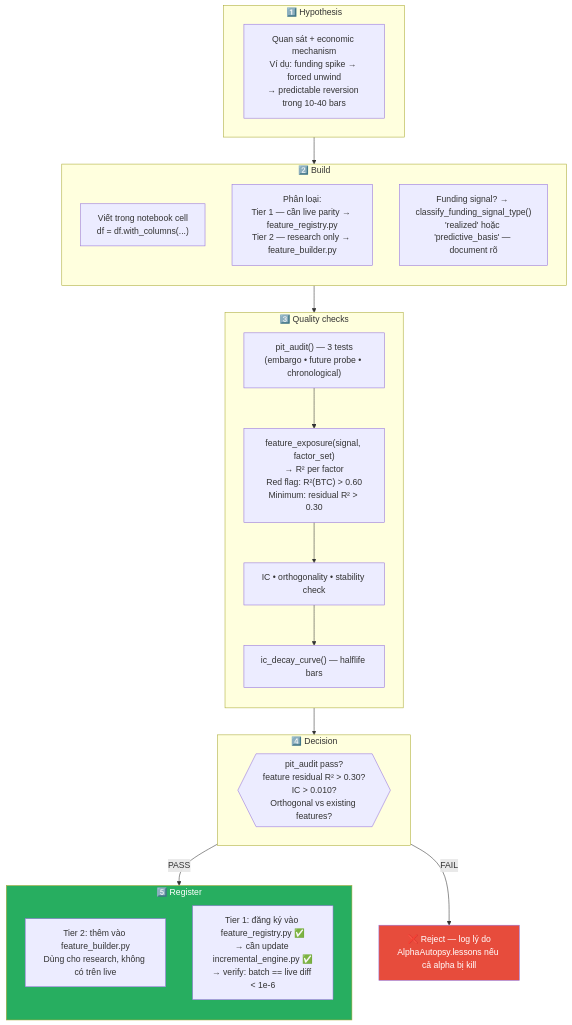
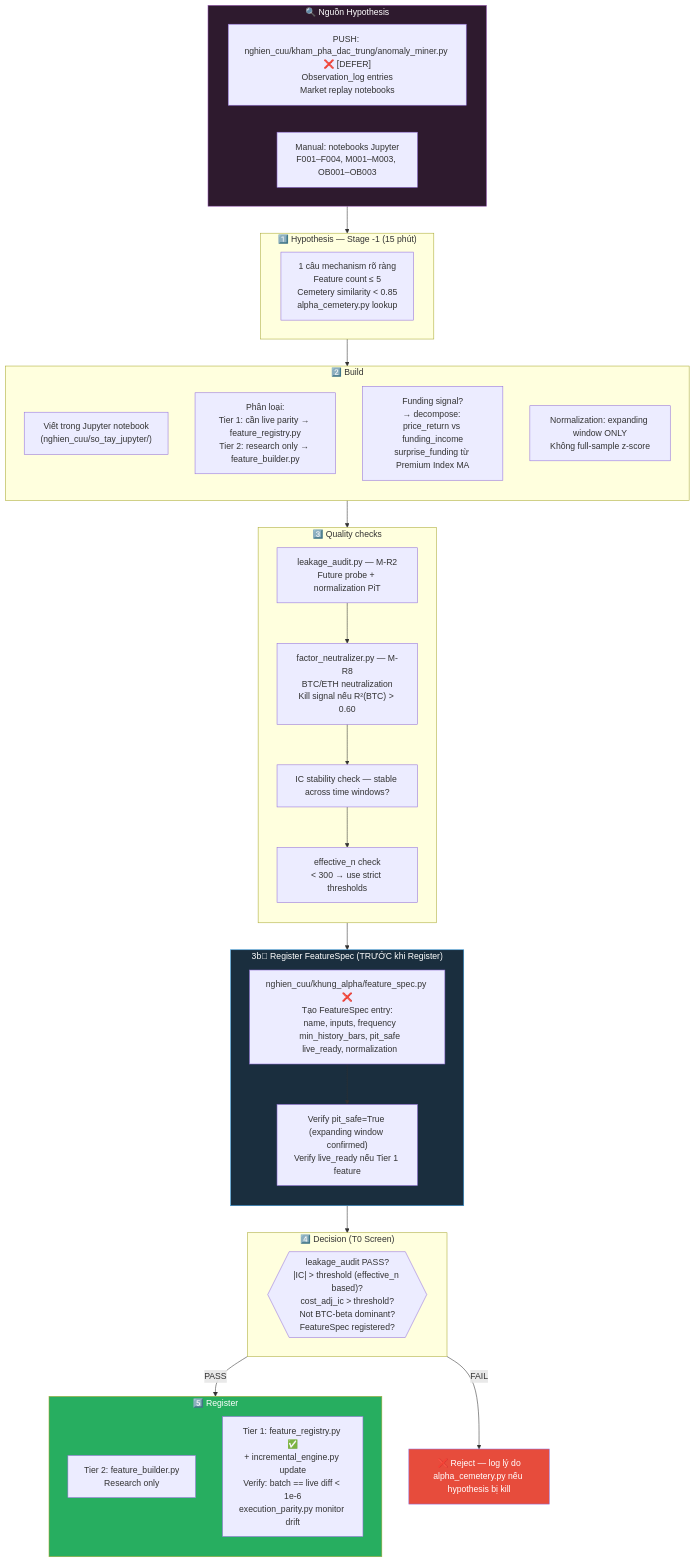
The sixth of 13 diagrams in data_flow_diagrams.md (VagabondKingsman/Kairos-v3), drawn with Mermaid before and after one commit. The commit also changed other lines of this file, not shown here.

````diff
--- a/data_flow_diagrams.md
+++ b/data_flow_diagrams.md
@@ -377,41 +414,58 @@
 ```mermaid
 flowchart TB
-    subgraph HYPOTHESIS["1️⃣ Hypothesis"]
-        H1["Quan sát + economic mechanism\nVí dụ: funding spike → forced unwind\n→ predictable reversion trong 10-40 bars"]
+    subgraph DISCOVERY_SRC["🔍 Nguồn Hypothesis"]
+        direction LR
+        PUSH["PUSH: nghien_cuu/kham_pha_dac_trung/anomaly_miner.py ❌ [DEFER]\nObservation_log entries\nMarket replay notebooks"]
+        MANUAL["Manual: notebooks Jupyter\nF001–F004, M001–M003, OB001–OB003"]
+    end
+
+    subgraph HYPOTHESIS["1️⃣ Hypothesis — Stage -1 (15 phút)"]
+        H1["1 câu mechanism rõ ràng\nFeature count ≤ 5\nCemetery similarity < 0.85\nalpha_cemetery.py lookup"]
     end
 
     subgraph BUILD["2️⃣ Build"]
         direction TB
-        B1["Viết trong notebook cell\ndf = df.with_columns(...)"]
-        B2["Phân loại:\nTier 1 — cần live parity → feature_registry.py\nTier 2 — research only → feature_builder.py"]
-        B3["Funding signal? → classify_funding_signal_type()\n'realized' hoặc 'predictive_basis' — document rõ"]
+        B1["Viết trong Jupyter notebook\n(nghien_cuu/so_tay_jupyter/)"]
+        B2["Phân loại:\nTier 1: cần live parity → feature_registry.py\nTier 2: research only → feature_builder.py"]
+        B3["Funding signal?\n→ decompose: price_return vs funding_income\nsurprise_funding từ Premium Index MA"]
+        B4["Normalization: expanding window ONLY\nKhông full-sample z-score"]
     end
 
     subgraph TEST["3️⃣ Quality checks"]
         direction TB
-        T1["pit_audit() — 3 tests\n(embargo • future probe • chronological)"]
-        T2["feature_exposure(signal, factor_set)\n→ R² per factor\nRed flag: R²(BTC) > 0.60\nMinimum: residual R² > 0.30"]
-        T3["IC • orthogonality • stability check"]
-        T4["ic_decay_curve() — halflife bars"]
+        T1["leakage_audit.py — M-R2\nFuture probe + normalization PiT"]
+        T2["factor_neutralizer.py — M-R8\nBTC/ETH neutralization\nKill signal nếu R²(BTC) > 0.60"]
+        T3["IC stability check — stable across time windows?"]
+        T4["effective_n check\n< 300 → use strict thresholds"]
         T1 --> T2 --> T3 --> T4
     end
 
-    subgraph DECIDE["4️⃣ Decision"]
-        D1{{"pit_audit pass?\nfeature residual R² > 0.30?\nIC > 0.010?\nOrthogonal vs existing features?"}}
+    subgraph FSPEC_REG["3b️⃣ Register FeatureSpec (TRƯỚC khi Register)"]
+        direction TB
+        FS1["nghien_cuu/khung_alpha/feature_spec.py ❌\nTạo FeatureSpec entry:\n  name, inputs, frequency\n  min_history_bars, pit_safe\n  live_ready, normalization"]
+        FS2["Verify pit_safe=True (expanding window confirmed)\nVerify live_ready nếu Tier 1 feature"]
+        FS1 --> FS2
+    end
+
+    subgraph DECIDE["4️⃣ Decision (T0 Screen)"]
+        D1{{"leakage_audit PASS?\n|IC| > threshold (effective_n based)?\ncost_adj_ic > threshold?\nNot BTC-beta dominant?\nFeatureSpec registered?"}}
     end
 
     subgraph REGISTER["5️⃣ Register"]
         direction TB
-        R1["Tier 2: thêm vào feature_builder.py\nDùng cho research, không có trên live"]
-        R2["Tier 1: đăng ký vào feature_registry.py ✅\n→ cần update incremental_engine.py ✅\n→ verify: batch == live diff < 1e-6"]
+        R1["Tier 2: feature_builder.py\nResearch only"]
+        R2["Tier 1: feature_registry.py ✅\n+ incremental_engine.py update\nVerify: batch == live diff < 1e-6\nexecution_parity.py monitor drift"]
     end
 
-    REJECT["❌ Reject — log lý do\nAlphaAutopsy.lessons nếu cả alpha bị kill"]
+    REJECT["❌ Reject — log lý do\nalpha_cemetery.py nếu hypothesis bị kill"]
 
-    HYPOTHESIS --> BUILD --> TEST --> DECIDE
+    DISCOVERY_SRC --> HYPOTHESIS
+    HYPOTHESIS --> BUILD --> TEST --> FSPEC_REG --> DECIDE
     DECIDE -->|"PASS"| REGISTER
     DECIDE -->|"FAIL"| REJECT
 
     style REJECT fill:#e74c3c,color:#fff
     style REGISTER fill:#27ae60,color:#fff
+    style DISCOVERY_SRC fill:#2e1a2e,stroke:#9b59b6,color:#fff
+    style FSPEC_REG fill:#1a2e3e,stroke:#3498db,color:#fff
 ```
````
